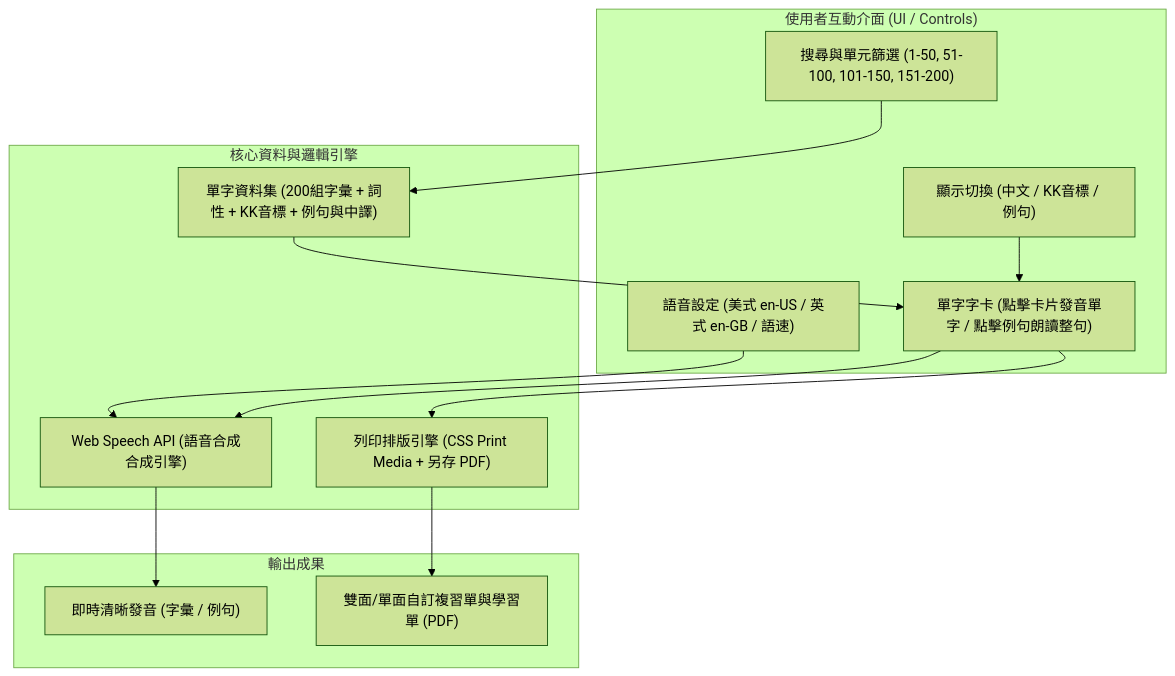
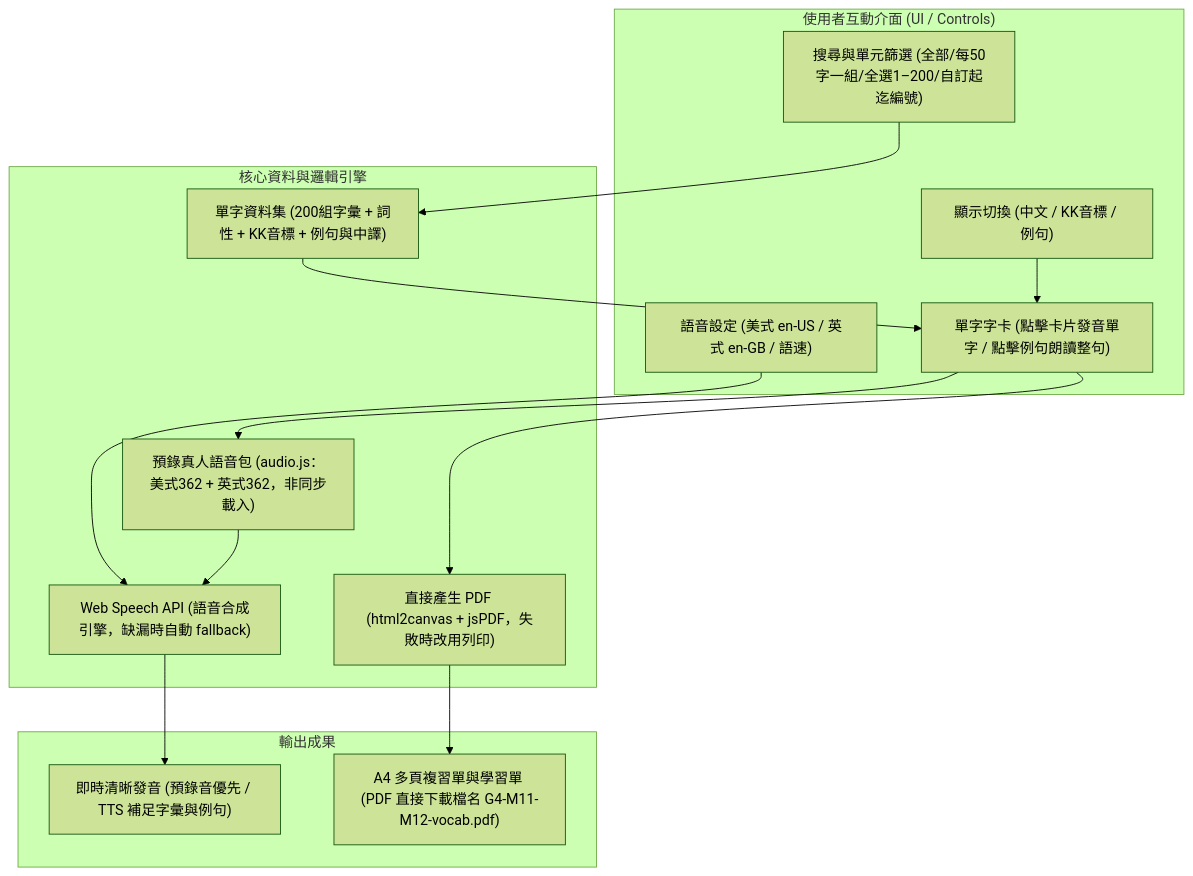
The diagram in README.md (yuchunjie/shes_kl_Vocabulary), drawn with Mermaid (forest theme) before and after one commit. The commit also changed other lines of this file, not shown here.

First line of the commit message:
[CODE] Sync README with async audio, direct PDF, and range selection

````diff
--- a/README.md
+++ b/README.md
@@ -8,29 +8,31 @@
 ```mermaid
 flowchart TD
     subgraph UI["使用者互動介面 (UI / Controls)"]
-        Search["搜尋與單元篩選 (1-50, 51-100, 101-150, 151-200)"]
+        Search["搜尋與單元篩選 (全部/每50字一組/全選1–200/自訂起迄編號)"]
         Toggles["顯示切換 (中文 / KK音標 / 例句)"]
         VoiceOpt["語音設定 (美式 en-US / 英式 en-GB / 語速)"]
         Card["單字字卡 (點擊卡片發音單字 / 點擊例句朗讀整句)"]
     end
 
     subgraph Core["核心資料與邏輯引擎"]
         VocabData["單字資料集 (200組字彙 + 詞性 + KK音標 + 例句與中譯)"]
-        TTS["Web Speech API (語音合成合成引擎)"]
-        PrintEngine["列印排版引擎 (CSS Print Media + 另存 PDF)"]
+        AudioPkg["預錄真人語音包 (audio.js：美式362 + 英式362，非同步載入)"]
+        TTS["Web Speech API (語音合成引擎，缺漏時自動 fallback)"]
+        PDFEngine["直接產生 PDF (html2canvas + jsPDF，失敗時改用列印)"]
     end
 
     subgraph Output["輸出成果"]
-        AudioOut["即時清晰發音 (字彙 / 例句)"]
-        PDFOut["雙面/單面自訂複習單與學習單 (PDF)"]
+        AudioOut["即時清晰發音 (預錄音優先 / TTS 補足字彙與例句)"]
+        PDFOut["A4 多頁複習單與學習單 (PDF 直接下載檔名 G4-M11-M12-vocab.pdf)"]
     end
 
     Search --> VocabData
     Toggles --> Card
     VoiceOpt --> TTS
     VocabData --> Card
-    Card --> TTS
+    Card --> AudioPkg
+    AudioPkg --> TTS
     TTS --> AudioOut
-    Card --> PrintEngine
-    PrintEngine --> PDFOut
+    Card --> PDFEngine
+    PDFEngine --> PDFOut
 ```
````
